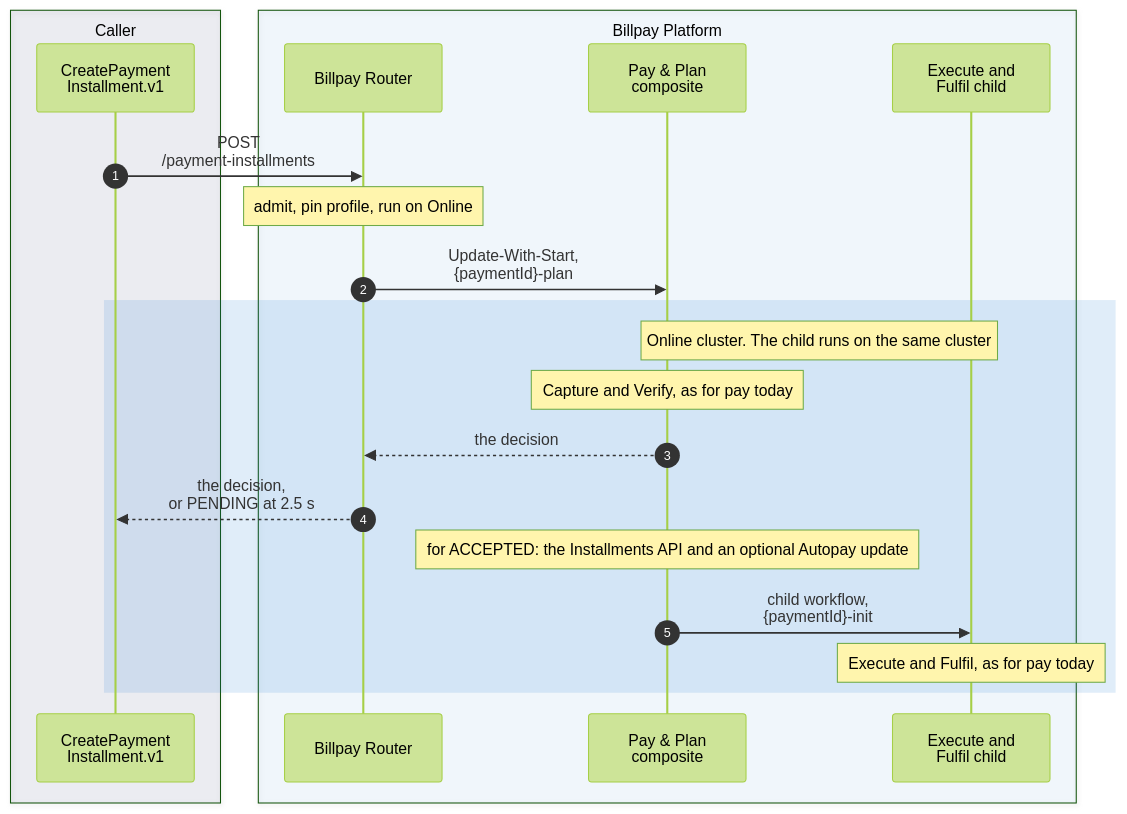
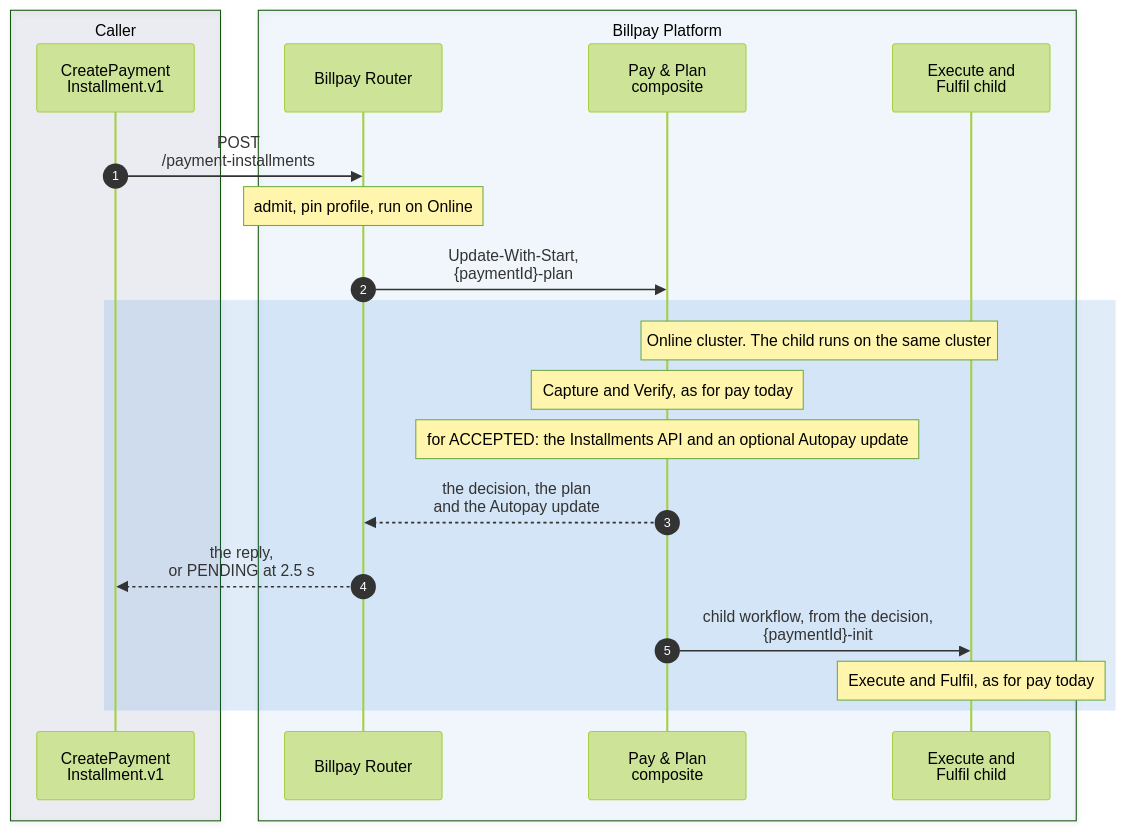
Before and after one commit to arunav-bhattacharya/billpay-book: diagram 12 of 16 in website/docs/design/sequence-diagrams.md, drawn with Mermaid (forest theme). The commit also changed other lines of this file and 36 other files, not shown here.

````diff
--- a/website/docs/design/sequence-diagrams.md
+++ b/website/docs/design/sequence-diagrams.md
@@ -770,33 +771,33 @@
 ```mermaid
 ---
 config:
   fontFamily: "BentonSansUI, Helvetica, Arial, sans-serif"
   fontSize: 15
 ---
 sequenceDiagram
   autonumber
 
   box rgba(0,23,90,0.07) Caller
     participant OD as CreatePayment<br/>Installment.v1
   end
 
   box rgba(0,111,207,0.05) Billpay Platform
     participant R as Billpay Router
     participant PP as Pay #amp; Plan<br/>composite
     participant CH as Execute and<br/>Fulfil child
   end
 
   OD->>R: POST<br/>/payment-installments
   Note over R: admit, pin profile, run on Online
   R->>PP: Update-With-Start,<br/>{paymentId}-plan
 
   rect rgba(0,111,207,0.12)
     Note over PP,CH: Online cluster. The child runs on the same cluster
     Note over PP: Capture and Verify, as for pay today
-    PP-->>R: the decision
-    R-->>OD: the decision,<br/>or PENDING at 2.5 s
     Note over PP: for ACCEPTED: the Installments API and an optional Autopay update
-    PP->>CH: child workflow,<br/>{paymentId}-init
+    PP-->>R: the decision, the plan<br/>and the Autopay update
+    R-->>OD: the reply,<br/>or PENDING at 2.5 s
+    PP->>CH: child workflow, from the decision,<br/>{paymentId}-init
     Note over CH: Execute and Fulfil, as for pay today
   end
 ```
````
